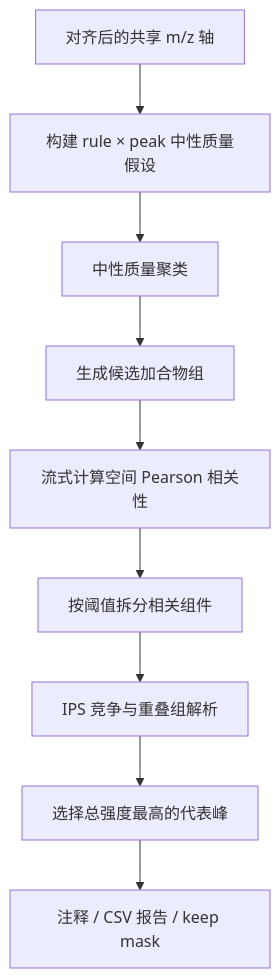
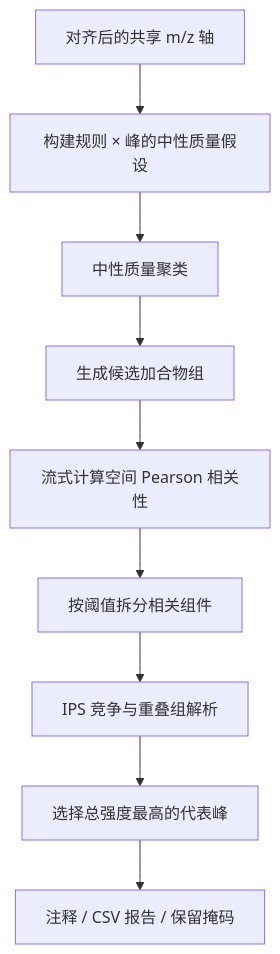
Before and after one commit to NeoNexusX/MassFlow: the diagram in docs/zh/adduct_filter.md, drawn with Mermaid. The commit also changed other lines of this file and 5 other files, not shown here.

````diff
--- a/docs/zh/adduct_filter.md
+++ b/docs/zh/adduct_filter.md
@@ -31,11 +31,11 @@
 ```mermaid
 graph TD
-  A["对齐后的共享 m/z 轴"] --> B["构建 rule × peak 中性质量假设"]
+  A["对齐后的共享 m/z 轴"] --> B["构建规则 × 峰的中性质量假设"]
   B --> C["中性质量聚类"]
   C --> D["生成候选加合物组"]
   D --> E["流式计算空间 Pearson 相关性"]
   E --> F["按阈值拆分相关组件"]
   F --> G["IPS 竞争与重叠组解析"]
   G --> H["选择总强度最高的代表峰"]
-  H --> I["注释 / CSV 报告 / keep mask"]
+  H --> I["注释 / CSV 报告 / 保留掩码"]
 ```
````
